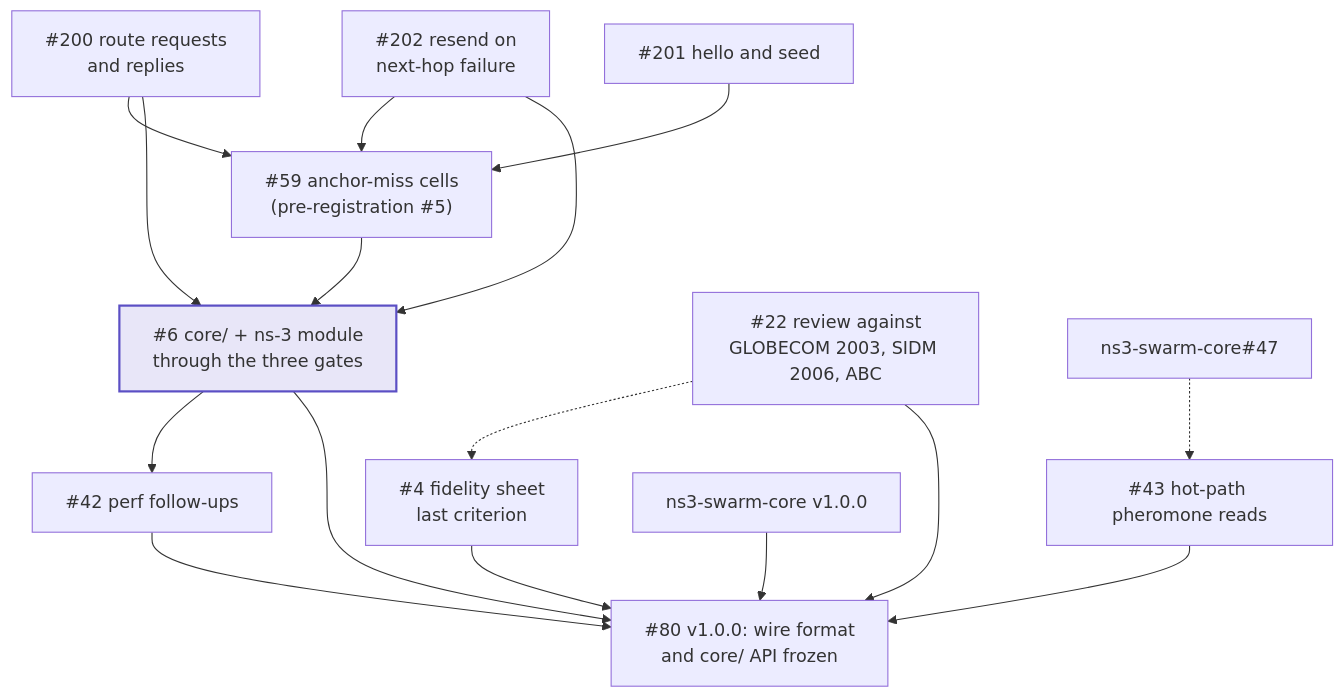
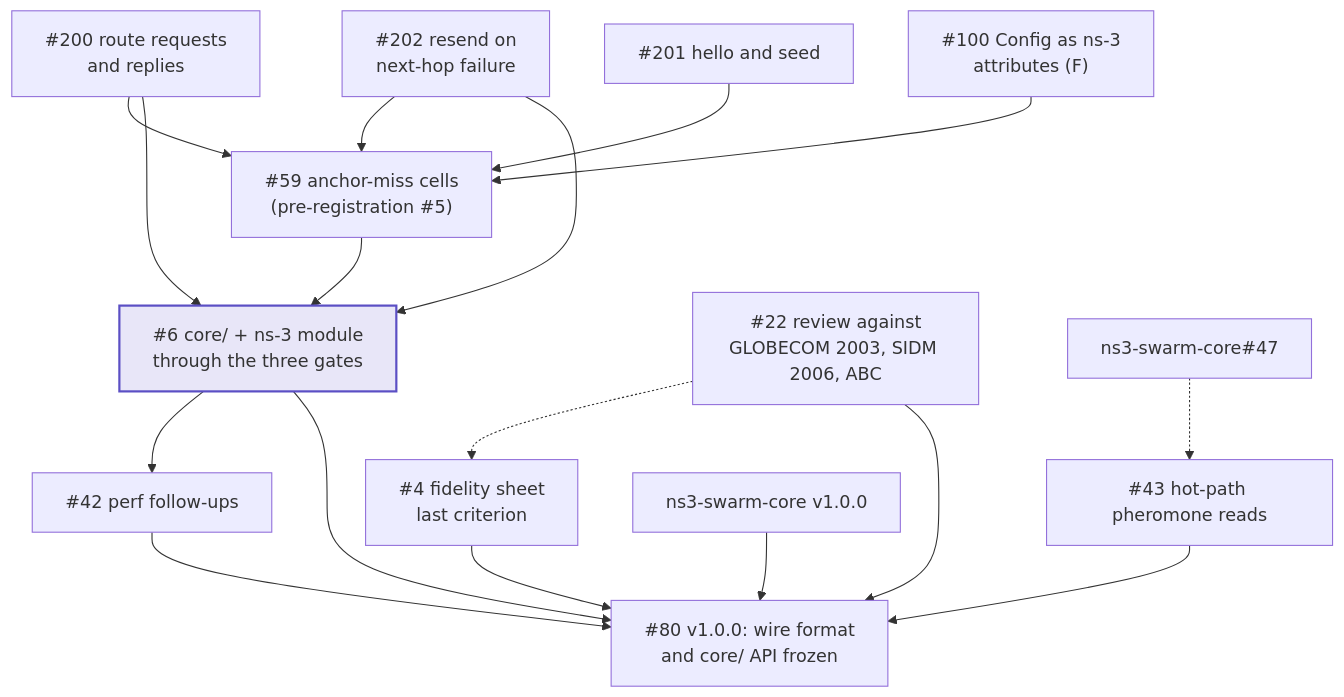
The second of 2 diagrams in docs/roadmap.md (swarm-routing/Termite), drawn with Mermaid before and after one commit. The commit also changed other lines of this file and 4 other files, not shown here.

````diff
--- a/docs/roadmap.md
+++ b/docs/roadmap.md
@@ -52,34 +52,36 @@
 ```mermaid
 flowchart TB
     I200["#200 route requests<br/>and replies"]
     I201["#201 hello and seed"]
     I202["#202 resend on<br/>next-hop failure"]
+    I100["#100 Config as ns-3<br/>attributes (F)"]
     I59["#59 anchor-miss cells<br/>(pre-registration #5)"]
     I6["#6 core/ + ns-3 module<br/>through the three gates"]
     I4["#4 fidelity sheet<br/>last criterion"]
     I22["#22 review against<br/>GLOBECOM 2003, SIDM 2006, ABC"]
     I42["#42 perf follow-ups"]
     I43["#43 hot-path pheromone reads"]
     I80["#80 v1.0.0: wire format<br/>and core/ API frozen"]
 
     SC47["ns3-swarm-core#47"]
     SC10["ns3-swarm-core v1.0.0"]
 
     I200 --> I59
     I201 --> I59
     I202 --> I59
+    I100 --> I59
     I200 --> I6
     I202 --> I6
     I59 --> I6
     I6 --> I42
     SC47 -.-> I43
     I22 -.-> I4
     I6 --> I80
     I4 --> I80
     I22 --> I80
     I42 --> I80
     I43 --> I80
     SC10 --> I80
 
     style I6 fill:#e8e6f8,stroke:#5b4fc4,stroke-width:2px
 ```
````
